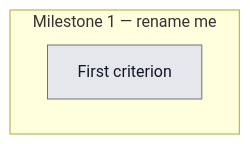
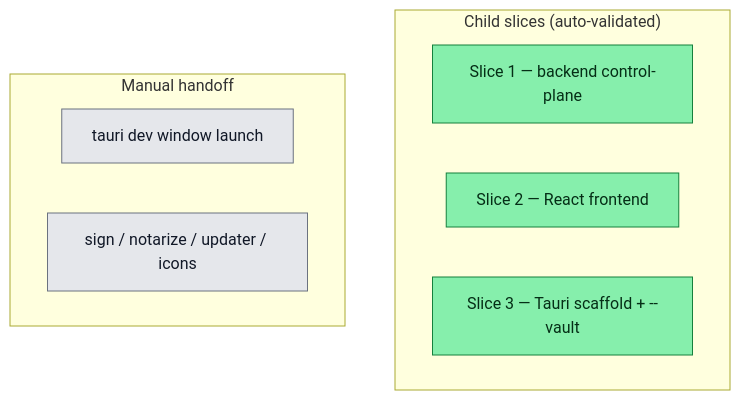
Before and after one commit to meanllbrl/dreamcontext: the diagram in _dream_context/state/v06-control-panel-vaults-tauri.md, drawn with Mermaid. The commit also changed other lines of this file and 19 other files, not shown here.

````diff
--- a/_dream_context/state/v06-control-panel-vaults-tauri.md
+++ b/_dream_context/state/v06-control-panel-vaults-tauri.md
@@ -26,11 +26,17 @@
 ```mermaid
 flowchart TD
-  subgraph M1 ["Milestone 1 — rename me"]
-    A1[First criterion]:::todo
+  subgraph M1 ["Child slices (auto-validated)"]
+    A1[Slice 1 — backend control-plane]:::done
+    A2[Slice 2 — React frontend]:::done
+    A3[Slice 3 — Tauri scaffold + --vault]:::done
+  end
+  subgraph M2 ["Manual handoff"]
+    A4[tauri dev window launch]:::todo
+    A5[sign / notarize / updater / icons]:::todo
   end
 
   classDef done fill:#86efac,stroke:#15803d,color:#052e16
   classDef active fill:#fde68a,stroke:#b45309,color:#451a03
   classDef todo fill:#e5e7eb,stroke:#6b7280,color:#111827
   classDef blocked fill:#fecaca,stroke:#b91c1c,color:#450a0a
 ```
````
